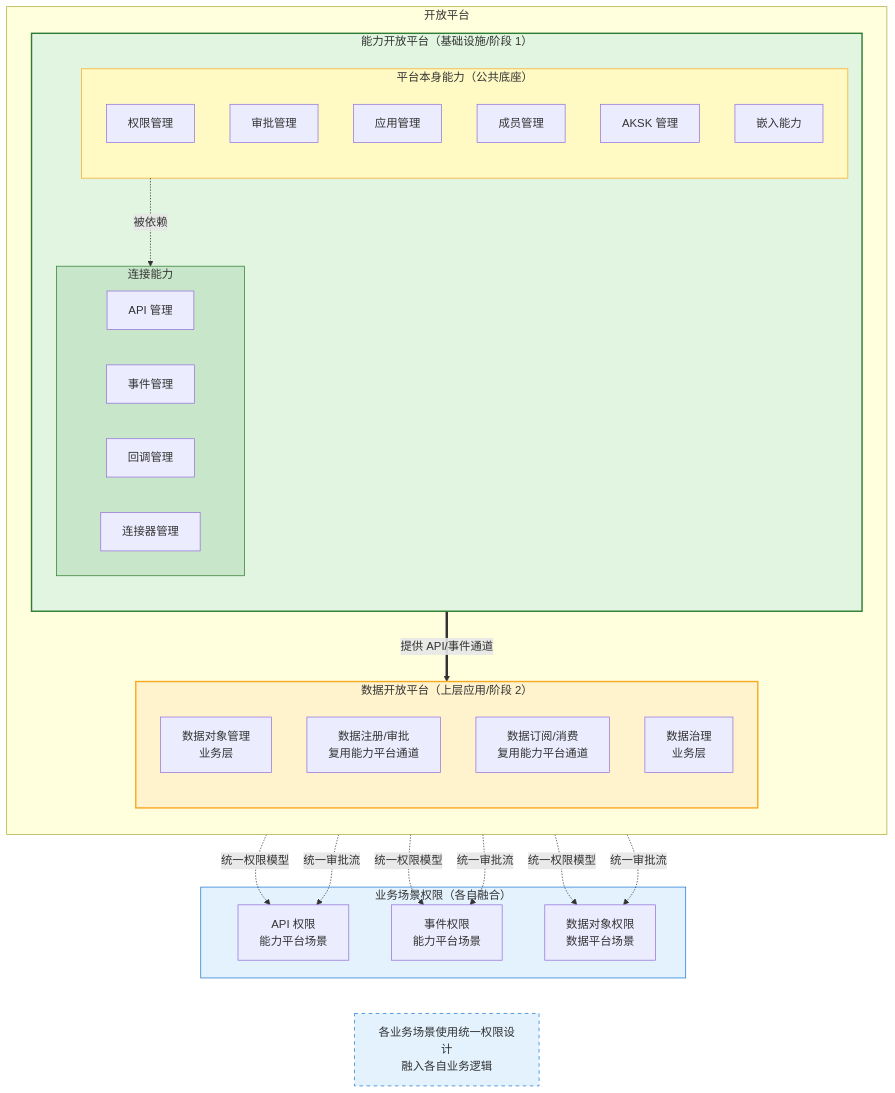
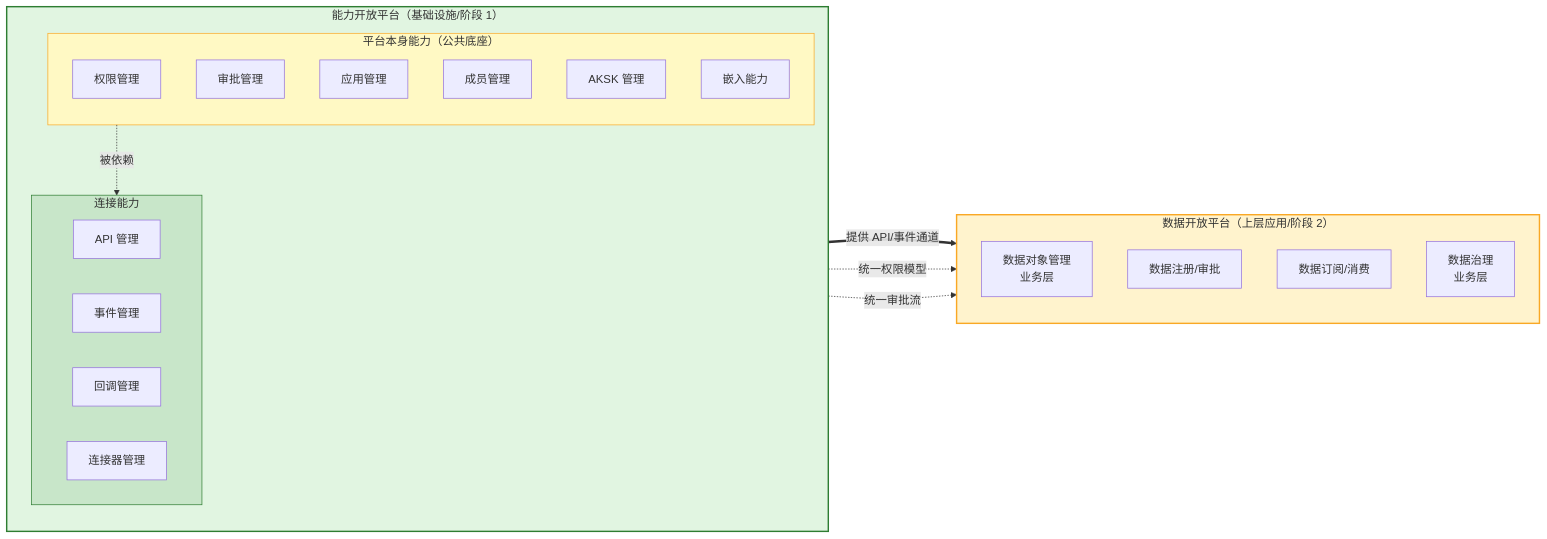
Before and after one commit to THZSummer/Product: diagram 11 of 12 in open-app/.sdd/specs-tree-root/specs-tree-capability-open-platform/discovery-report.md, drawn with Mermaid. The commit also changed other lines of this file, not shown here.

Commit message:
refactor: 简化 5.4 与数据开放平台关系图，移除冗余分支
- 移除右侧业务场景权限分支，结构更聚焦
- 改为 flowchart LR 横向布局，直观展示能力平台对数据平台的支撑
- 顶部增加引用提示：整体关系见 1.1

````diff
--- a/open-app/.sdd/specs-tree-root/specs-tree-capability-open-platform/discovery-report.md
+++ b/open-app/.sdd/specs-tree-root/specs-tree-capability-open-platform/discovery-report.md
@@ -568,54 +570,39 @@
 ```mermaid
-graph TB
-    subgraph Open["开放平台"]
+flowchart LR
+    subgraph Cap["能力开放平台（基础设施/阶段 1）"]
         direction TB
-        
-        subgraph Cap["能力开放平台（基础设施/阶段 1）"]
-            direction TB
-            subgraph Base["平台本身能力（公共底座）"]
-                B1[权限管理]
-                B2[审批管理]
-                B3[应用管理]
-                B4[成员管理]
-                B5[AKSK 管理]
-                B6[嵌入能力]
-            end
-            subgraph Conn["连接能力"]
-                C1[API 管理]
-                C2[事件管理]
-                C3[回调管理]
-                C4[连接器管理]
-            end
-            Base -.->|被依赖 | Conn
+        subgraph Base["平台本身能力（公共底座）"]
+            B1[权限管理]
+            B2[审批管理]
+            B3[应用管理]
+            B4[成员管理]
+            B5[AKSK 管理]
+            B6[嵌入能力]
         end
-        
-        subgraph Data["数据开放平台（上层应用/阶段 2）"]
-            direction TB
-            D1[数据对象管理<br/>业务层]
-            D2[数据注册/审批<br/>复用能力平台通道]
-            D3[数据订阅/消费<br/>复用能力平台通道]
-            D4[数据治理<br/>业务层]
+        subgraph Conn["连接能力"]
+            C1[API 管理]
+            C2[事件管理]
+            C3[回调管理]
+            C4[连接器管理]
         end
+        Base -.->|被依赖 | Conn
     end
     
-    subgraph BizScene["业务场景权限（各自融合）"]
-        S1[API 权限<br/>能力平台场景]
-        S2[事件权限<br/>能力平台场景]
-        S3[数据对象权限<br/>数据平台场景]
+    subgraph Data["数据开放平台（上层应用/阶段 2）"]
+        direction TB
+        D1[数据对象管理<br/>业务层]
+        D2[数据注册/审批]
+        D3[数据订阅/消费]
+        D4[数据治理<br/>业务层]
     end
     
     %% 依赖关系
     Conn ==>|提供 API/事件通道 | Data
-    B1 -.->|统一权限模型 | S1 & S2 & S3
-    B2 -.->|统一审批流 | S1 & S2 & S3
-    
-    Note["各业务场景使用统一权限设计<br/>融入各自业务逻辑"]
-    S1 & S2 & S3 ~~~ Note
+    B1 -.->|统一权限模型 | Data
+    B2 -.->|统一审批流 | Data
     
     style Cap fill:#e1f5e1,stroke:#2e7d32,stroke-width:2px
     style Data fill:#fff3cd,stroke:#f9a825,stroke-width:2px
     style Base fill:#fff9c4,stroke:#f9a825
     style Conn fill:#c8e6c9,stroke:#2e7d32
-    style BizScene fill:#e3f2fd,stroke:#1976d2
-    style Note fill:#e3f2fd,stroke:#1976d2,stroke-dasharray: 5 5
 ```
````
